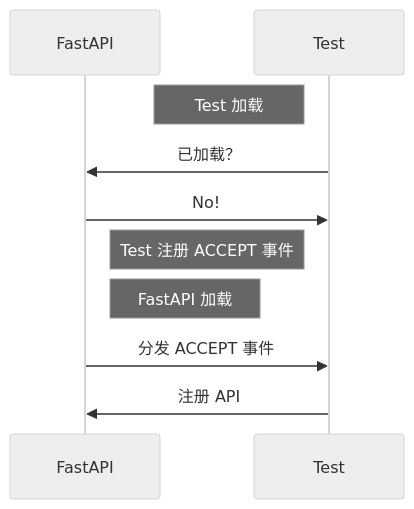
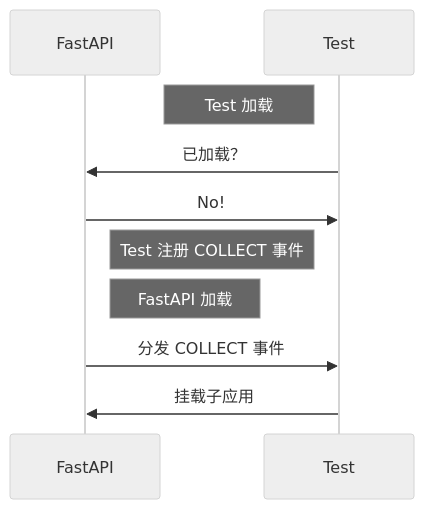
One commit to AnzhiZhang/MCDReforgedPlugins changed the second of 3 diagrams in src/fastapi_mcdr/readme_cn.md. Above: the diagram before and after it, drawn with Mermaid (neutral theme). The commit also changed other lines of this file and 1 other file, not shown here.

````diff
--- a/src/fastapi_mcdr/readme_cn.md
+++ b/src/fastapi_mcdr/readme_cn.md
@@ -78,17 +91,17 @@
 ```mermaid
 sequenceDiagram
     participant FastAPI
     participant Test
 
     Note left of Test: Test 加载
 
     Test ->> FastAPI: 已加载？
     FastAPI ->> Test: No!
 
-    Note left of Test: Test 注册 ACCEPT 事件
+    Note left of Test: Test 注册 COLLECT 事件
 
     Note right of FastAPI: FastAPI 加载
 
-    FastAPI ->> Test: 分发 ACCEPT 事件
-    Test ->> FastAPI: 注册 API
+    FastAPI ->> Test: 分发 COLLECT 事件
+    Test ->> FastAPI: 挂载子应用
 ```
````
